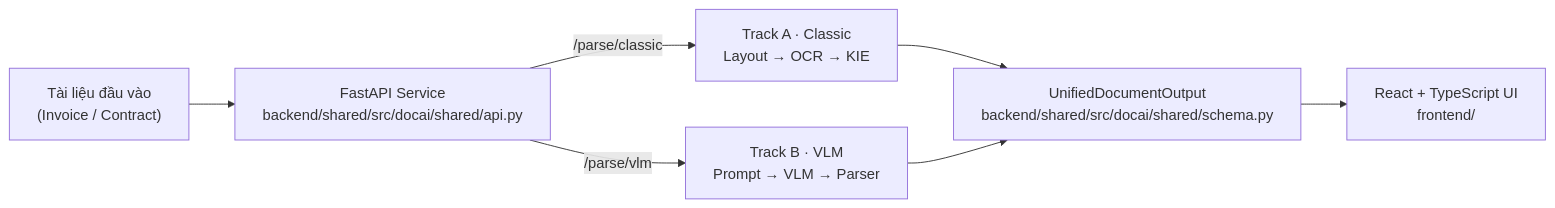
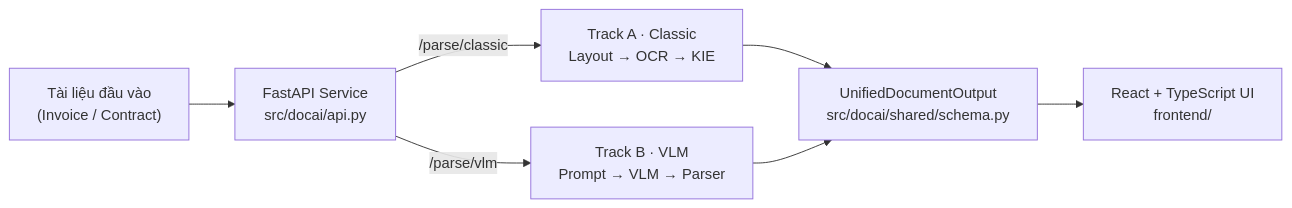
The diagram in README.md (solvarhuynh/docai-platform), drawn with Mermaid before and after one commit. The commit also changed other lines of this file and 7 other files, not shown here.

Commit message:
docs(repo): consolidate architecture and task plans

````diff
--- a/README.md
+++ b/README.md
@@ -41,9 +41,9 @@
 ```mermaid
 flowchart LR
-    DOC["Tài liệu đầu vào<br/>(Invoice / Contract)"] --> API["FastAPI Service<br/>backend/shared/src/docai/shared/api.py"]
+    DOC["Tài liệu đầu vào<br/>(Invoice / Contract)"] --> API["FastAPI Service<br/>src/docai/api.py"]
     API -->|"/parse/classic"| TA["Track A · Classic<br/>Layout → OCR → KIE"]
     API -->|"/parse/vlm"| TB["Track B · VLM<br/>Prompt → VLM → Parser"]
-    TA --> SCHEMA["UnifiedDocumentOutput<br/>backend/shared/src/docai/shared/schema.py"]
+    TA --> SCHEMA["UnifiedDocumentOutput<br/>src/docai/shared/schema.py"]
     TB --> SCHEMA
     SCHEMA --> UI["React + TypeScript UI<br/>frontend/"]
 ```
````
